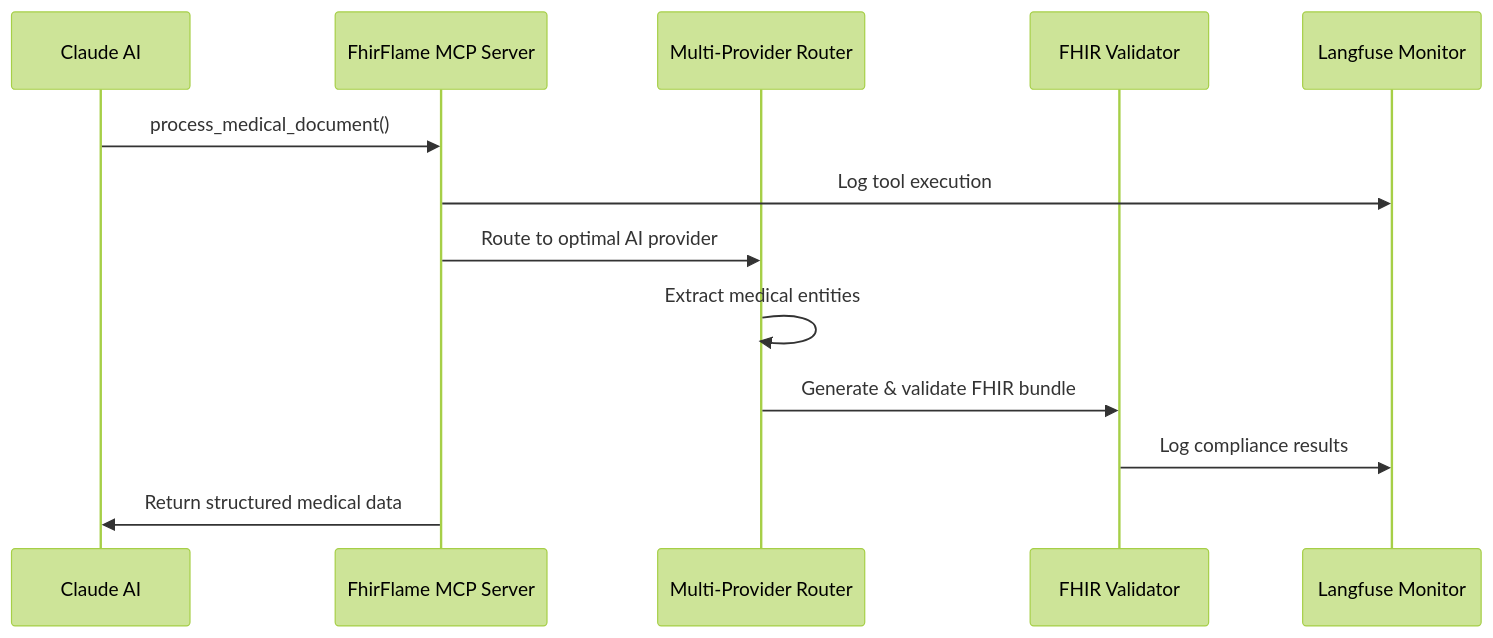
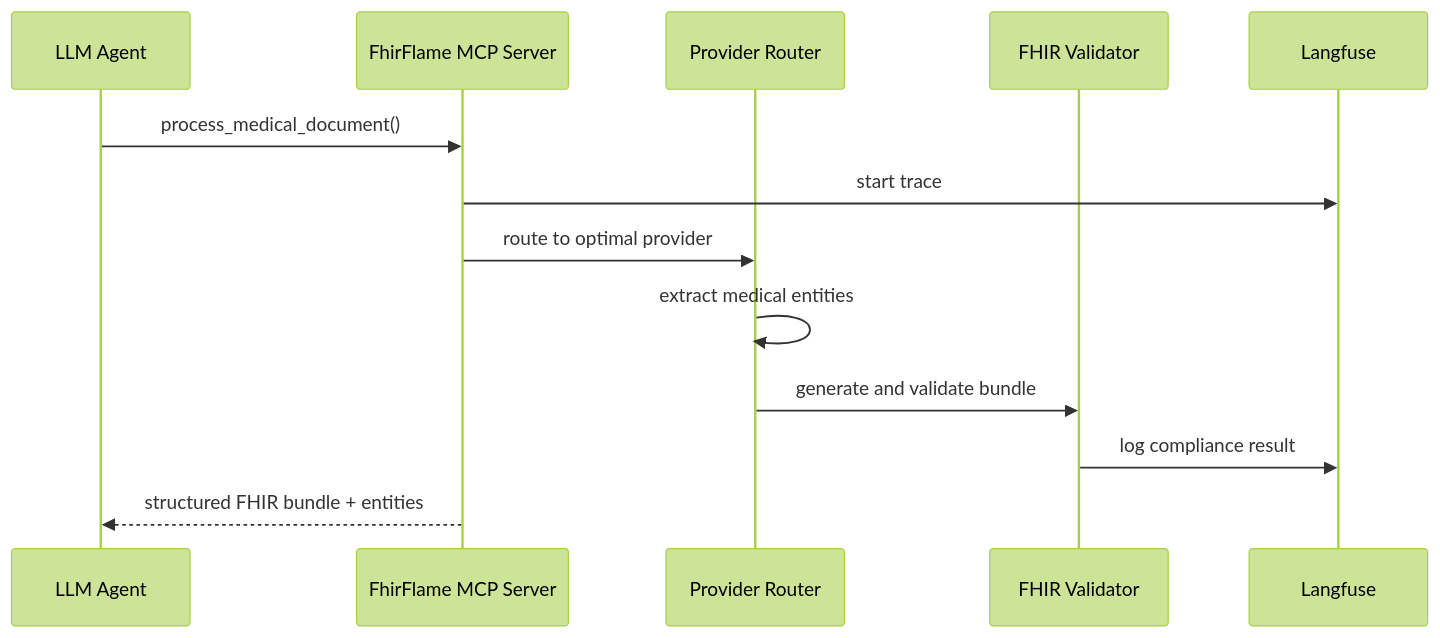
The second of 2 diagrams in README.md (leksval/fhirflame), drawn with Mermaid (forest theme) before and after one commit. The commit also changed other lines of this file, not shown here.

````diff
--- a/README.md
+++ b/README.md
@@ -144,16 +252,16 @@
 ```mermaid
 sequenceDiagram
-    participant Claude as Claude AI
+    participant Agent as LLM Agent
     participant MCP as FhirFlame MCP Server
-    participant Router as Multi-Provider Router
+    participant Router as Provider Router
     participant FHIR as FHIR Validator
-    participant Monitor as Langfuse Monitor
-    
-    Claude->>MCP: process_medical_document()
-    MCP->>Monitor: Log tool execution
-    MCP->>Router: Route to optimal AI provider
-    Router->>Router: Extract medical entities
-    Router->>FHIR: Generate & validate FHIR bundle
-    FHIR->>Monitor: Log compliance results
-    MCP->>Claude: Return structured medical data
+    participant LF as Langfuse
+
+    Agent->>MCP: process_medical_document()
+    MCP->>LF: start trace
+    MCP->>Router: route to optimal provider
+    Router->>Router: extract medical entities
+    Router->>FHIR: generate and validate bundle
+    FHIR->>LF: log compliance result
+    MCP-->>Agent: structured FHIR bundle + entities
 ```
````
